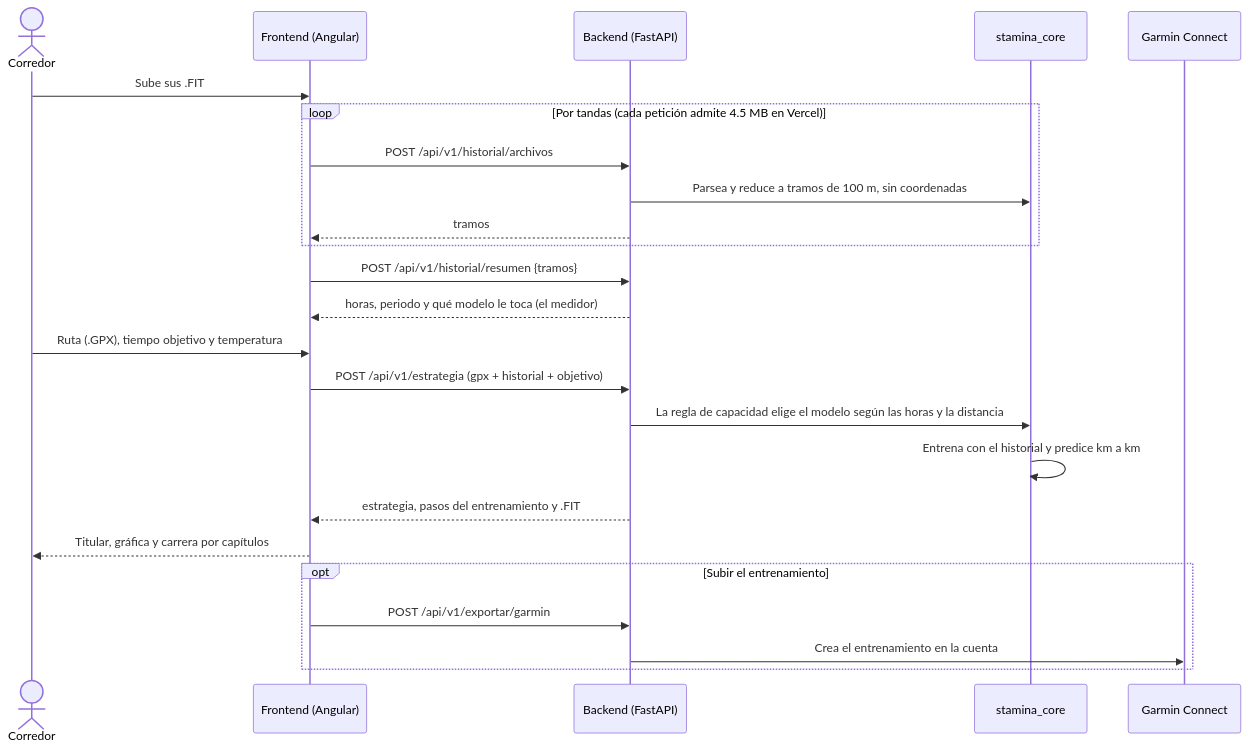
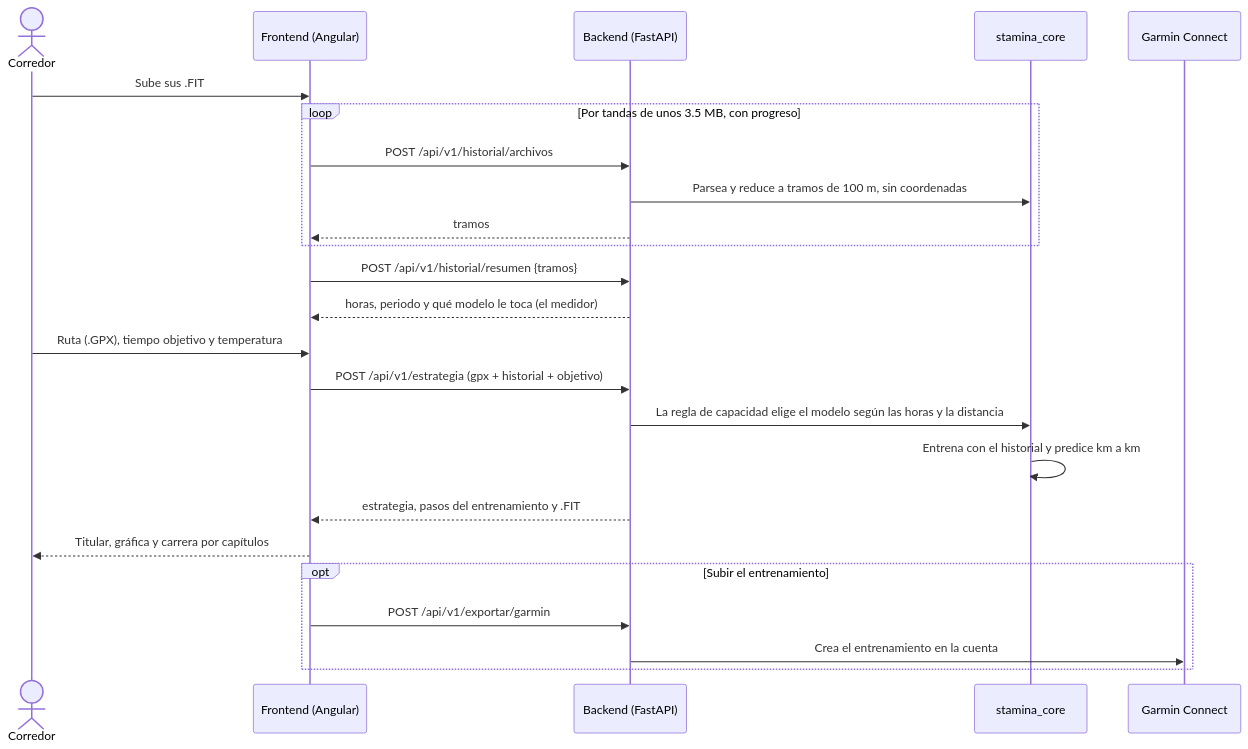
The second of 3 diagrams in README.md (RisaacSBolivar/Stamina.AI), drawn with Mermaid before and after one commit. The commit also changed other lines of this file and 15 other files, not shown here.

````diff
--- a/README.md
+++ b/README.md
@@ -83,27 +82,27 @@
 ```mermaid
 sequenceDiagram
     actor C as Corredor
     participant F as Frontend (Angular)
     participant B as Backend (FastAPI)
     participant S as stamina_core
     participant G as Garmin Connect
 
     C->>F: Sube sus .FIT
-    loop Por tandas (cada petición admite 4.5 MB en Vercel)
+    loop Por tandas de unos 3.5 MB, con progreso
         F->>B: POST /api/v1/historial/archivos
         B->>S: Parsea y reduce a tramos de 100 m, sin coordenadas
         B-->>F: tramos
     end
     F->>B: POST /api/v1/historial/resumen {tramos}
     B-->>F: horas, periodo y qué modelo le toca (el medidor)
     C->>F: Ruta (.GPX), tiempo objetivo y temperatura
     F->>B: POST /api/v1/estrategia (gpx + historial + objetivo)
     B->>S: La regla de capacidad elige el modelo según las horas y la distancia
     S->>S: Entrena con el historial y predice km a km
     B-->>F: estrategia, pasos del entrenamiento y .FIT
     F-->>C: Titular, gráfica y carrera por capítulos
     opt Subir el entrenamiento
         F->>B: POST /api/v1/exportar/garmin
         B->>G: Crea el entrenamiento en la cuenta
     end
 ```
````
